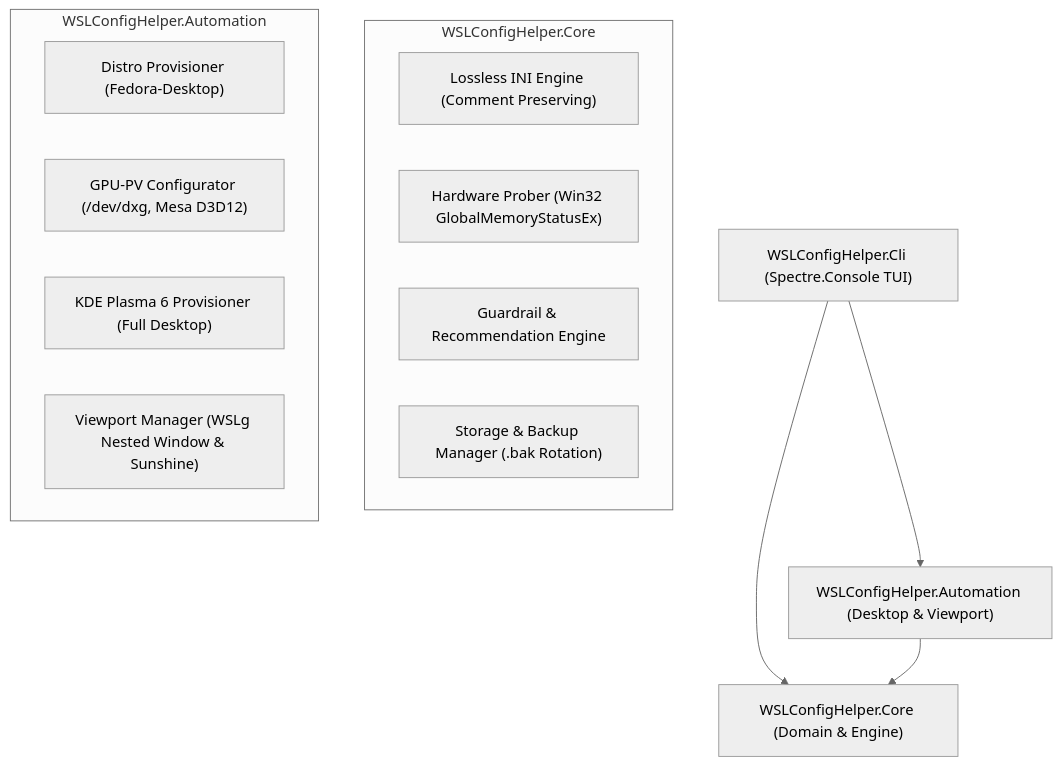
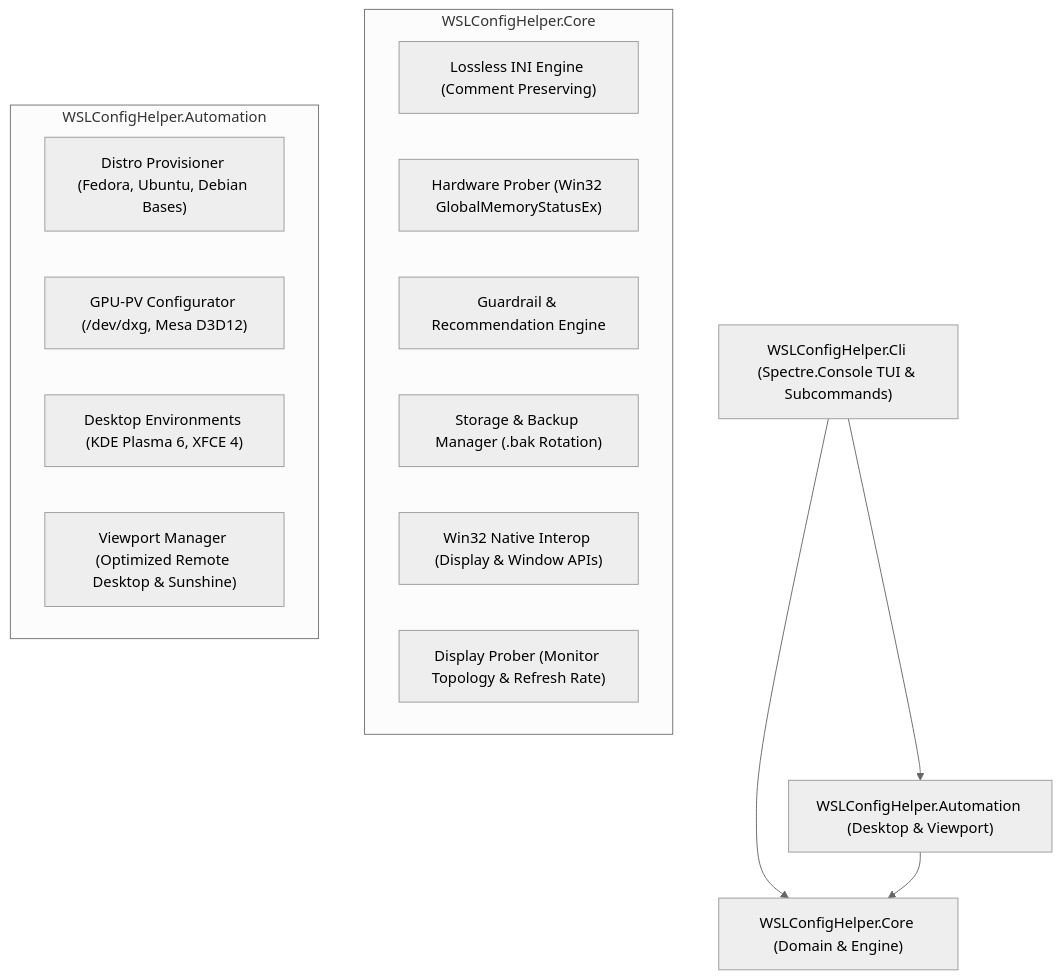
The diagram in README.md (howaldmg/WSLConfigHelper), drawn with Mermaid (neutral theme) before and after one commit. The commit also changed other lines of this file and 26 other files, not shown here.

First line of the commit message:
feat: pivot desktop viewport to RDP and add local package repository

````diff
--- a/README.md
+++ b/README.md
@@ -71,20 +64,22 @@
 ```mermaid
 graph TD
-    CLI["WSLConfigHelper.Cli (Spectre.Console TUI)"] --> Core["WSLConfigHelper.Core (Domain & Engine)"]
+    CLI["WSLConfigHelper.Cli (Spectre.Console TUI & Subcommands)"] --> Core["WSLConfigHelper.Core (Domain & Engine)"]
     CLI --> Auto["WSLConfigHelper.Automation (Desktop & Viewport)"]
     Auto --> Core
 
     subgraph "WSLConfigHelper.Core"
         IniParser["Lossless INI Engine (Comment Preserving)"]
         Hardware["Hardware Prober (Win32 GlobalMemoryStatusEx)"]
         Guardrails["Guardrail & Recommendation Engine"]
         Storage["Storage & Backup Manager (.bak Rotation)"]
+        Native["Win32 Native Interop (Display & Window APIs)"]
+        Display["Display Prober (Monitor Topology & Refresh Rate)"]
     end
 
     subgraph "WSLConfigHelper.Automation"
-        DistroMgr["Distro Provisioner (Fedora-Desktop)"]
+        DistroMgr["Distro Provisioner (Fedora, Ubuntu, Debian Bases)"]
         GpuCfg["GPU-PV Configurator (/dev/dxg, Mesa D3D12)"]
-        PlasmaProv["KDE Plasma 6 Provisioner (Full Desktop)"]
-        ViewportMgr["Viewport Manager (WSLg Nested Window & Sunshine)"]
+        DesktopEnv["Desktop Environments (KDE Plasma 6, XFCE 4)"]
+        ViewportMgr["Viewport Manager (Optimized Remote Desktop & Sunshine)"]
     end
 ```
````
